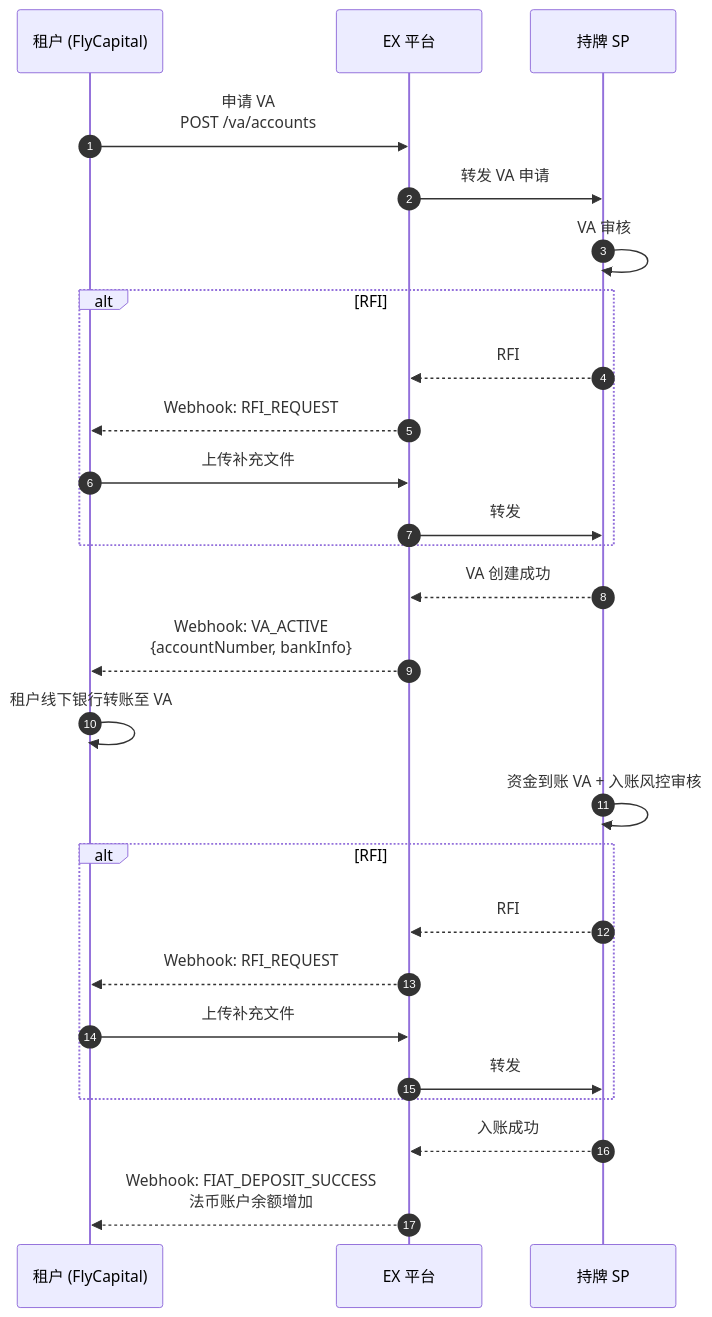
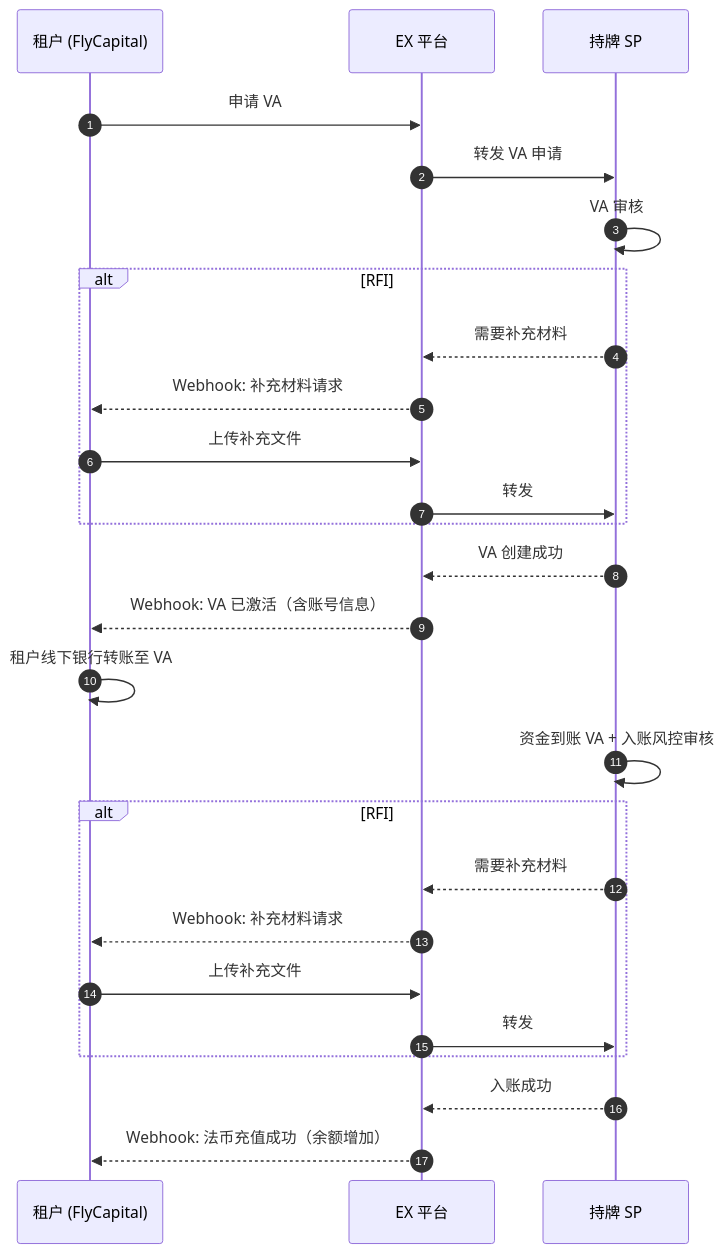
The third of 9 diagrams in Solutions/solutions/API-SOLUTION/ex-API-vcc-solution.md (xiaoxiaoangie/EX-NEW), drawn with Mermaid before and after one commit. The commit also changed other lines of this file and 18 other files, not shown here.

````diff
--- a/Solutions/solutions/API-SOLUTION/ex-API-vcc-solution.md
+++ b/Solutions/solutions/API-SOLUTION/ex-API-vcc-solution.md
@@ -194,30 +205,30 @@
 ```mermaid
 sequenceDiagram
     autonumber
     participant T as 租户 (FlyCapital)
     participant EX as EX 平台
     participant SP as 持牌 SP
 
-    T->>EX: 申请 VA<br/>POST /va/accounts
+    T->>EX: 申请 VA
     EX->>SP: 转发 VA 申请
     SP->>SP: VA 审核
     alt RFI
-        SP-->>EX: RFI
-        EX-->>T: Webhook: RFI_REQUEST
+        SP-->>EX: 需要补充材料
+        EX-->>T: Webhook: 补充材料请求
         T->>EX: 上传补充文件
         EX->>SP: 转发
     end
     SP-->>EX: VA 创建成功
-    EX-->>T: Webhook: VA_ACTIVE<br/>{accountNumber, bankInfo}
+    EX-->>T: Webhook: VA 已激活（含账号信息）
 
     T->>T: 租户线下银行转账至 VA
     SP->>SP: 资金到账 VA + 入账风控审核
     alt RFI
-        SP-->>EX: RFI
-        EX-->>T: Webhook: RFI_REQUEST
+        SP-->>EX: 需要补充材料
+        EX-->>T: Webhook: 补充材料请求
         T->>EX: 上传补充文件
         EX->>SP: 转发
     end
     SP-->>EX: 入账成功
-    EX-->>T: Webhook: FIAT_DEPOSIT_SUCCESS<br/>法币账户余额增加
+    EX-->>T: Webhook: 法币充值成功（余额增加）
 ```
````
